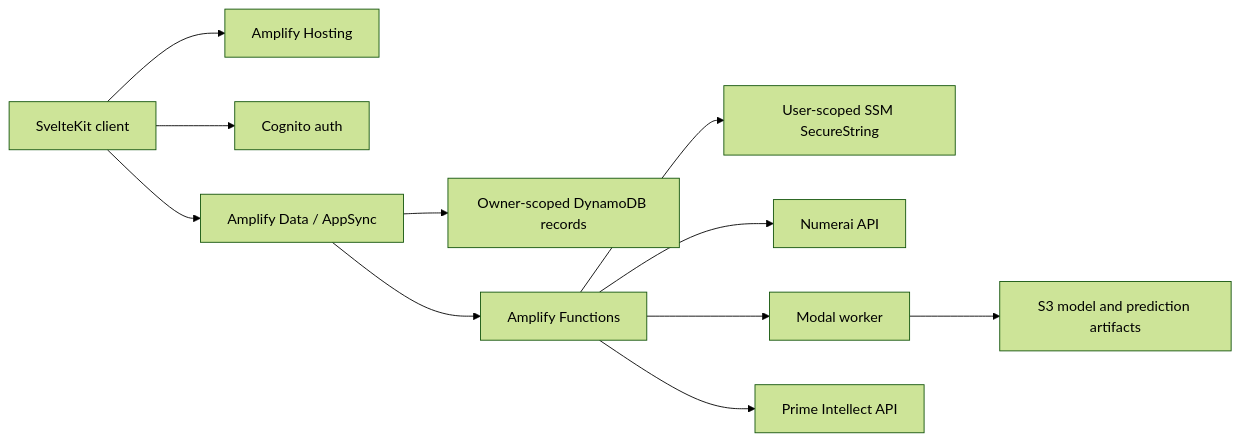
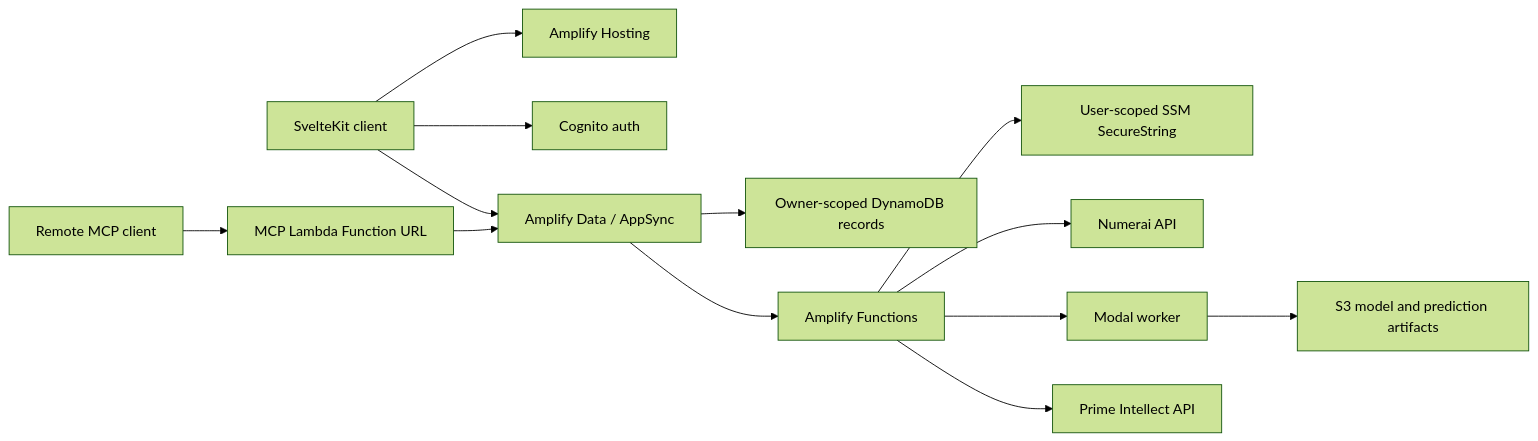
The diagram in README.md (Mazzz-zzz/numeraidashboard.com), drawn with Mermaid (forest theme) before and after one commit. The commit also changed other lines of this file and 17 other files, not shown here.

````diff
--- a/README.md
+++ b/README.md
@@ -73,13 +74,15 @@
 ```mermaid
 flowchart LR
     Browser["SvelteKit client"] --> Hosting["Amplify Hosting"]
     Browser --> Cognito["Cognito auth"]
     Browser --> Data["Amplify Data / AppSync"]
+    MCP["Remote MCP client"] --> MCPFn["MCP Lambda Function URL"]
+    MCPFn --> Data
     Data --> Store["Owner-scoped DynamoDB records"]
     Data --> Functions["Amplify Functions"]
     Functions --> SSM["User-scoped SSM SecureString"]
     Functions --> Numerai["Numerai API"]
     Functions --> Modal["Modal worker"]
     Functions --> Prime["Prime Intellect API"]
     Modal --> Artifacts["S3 model and prediction artifacts"]
 ```
````
